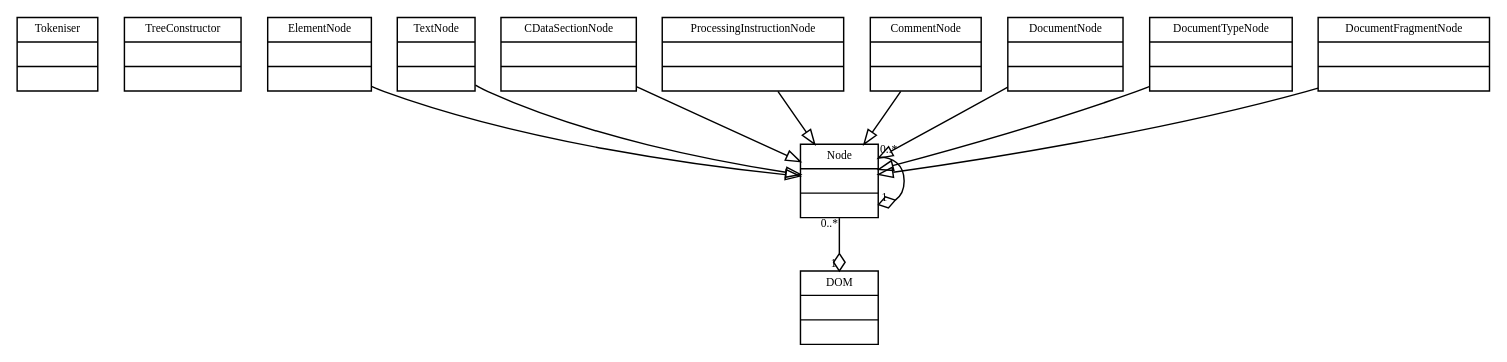
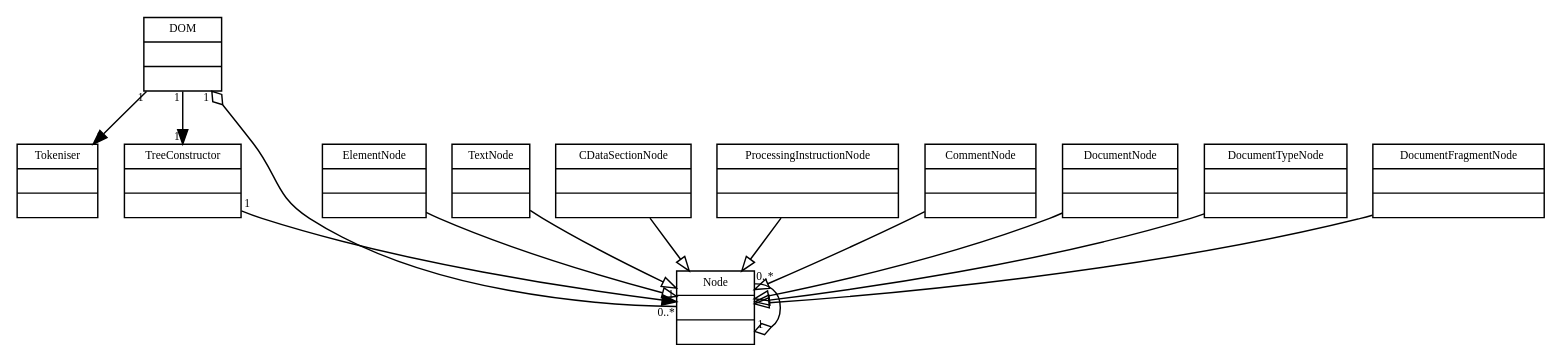
One commit to ScenarioWeekTeam/browser-uml changed the diagram in html-parser.gv. Above: the diagram before and after it, drawn with Graphviz.

Commit message:
Use Tokeniser and TreeConstructor classes

```diff
--- a/html-parser.gv
+++ b/html-parser.gv
@@ -1,86 +1,97 @@
 digraph g {
     fontname = "Bitstream Vera Sans"
     fontsize = 8
 
    node [
         fontname = "Bitstream Vera Sans"
         fontsize = 8
         shape = "record"
     ]
 
     edge [
         fontname = "Bitstream Vera Sans"
         fontsize = 8
     ]
 
     Tokeniser [
         label = "{Tokeniser|\l|\l}"
     ]
     
     TreeConstructor [
         label = "{TreeConstructor|\l|\l}"
     ]
 
     DOM [
         label = "{DOM|\l|\l}"
     ]
     
     Entry [
         label = "{Node|\l|\l}"
     ]
     
     ElementNode [
         label = "{ElementNode|\l|\l}"
     ]
     
     TextNode [
         label = "{TextNode|\l|\l}"
     ]
     
     CDataSectionNode [
         label = "{CDataSectionNode|\l|\l}"
     ]
     
     ProcessingInstructionNode [
         label = "{ProcessingInstructionNode|\l|\l}"
     ]
     
     CommentNode [
         label = "{CommentNode|\l|\l}"
     ]
     
     DocumentNode [
         label = "{DocumentNode|\l|\l}"
     ]
     
     DocumentTypeNode [
         label = "{DocumentTypeNode|\l|\l}"
     ]
     
     DocumentFragmentNode [
         label = "{DocumentFragmentNode|\l|\l}"
     ]
     
     edge [
         arrowhead = "empty"
     ]
     
     ElementNode -> Entry
     TextNode -> Entry
     CDataSectionNode -> Entry
     ProcessingInstructionNode -> Entry
     CommentNode -> Entry
     DocumentNode -> Entry
     DocumentTypeNode -> Entry
     DocumentFragmentNode -> Entry
     
     edge [
         arrowhead = "ediamond"
         
         headlabel = "1 "
         taillabel = "0..*"
     ]
     
     Entry -> DOM
     Entry -> Entry
+    
+    edge [
+        arrowhead = "normal"
+        
+        headlabel = "1 "
+        taillabel = "1 "
+    ]
+    
+    DOM -> Tokeniser
+    DOM -> TreeConstructor
+    TreeConstructor -> Entry
 }
```
